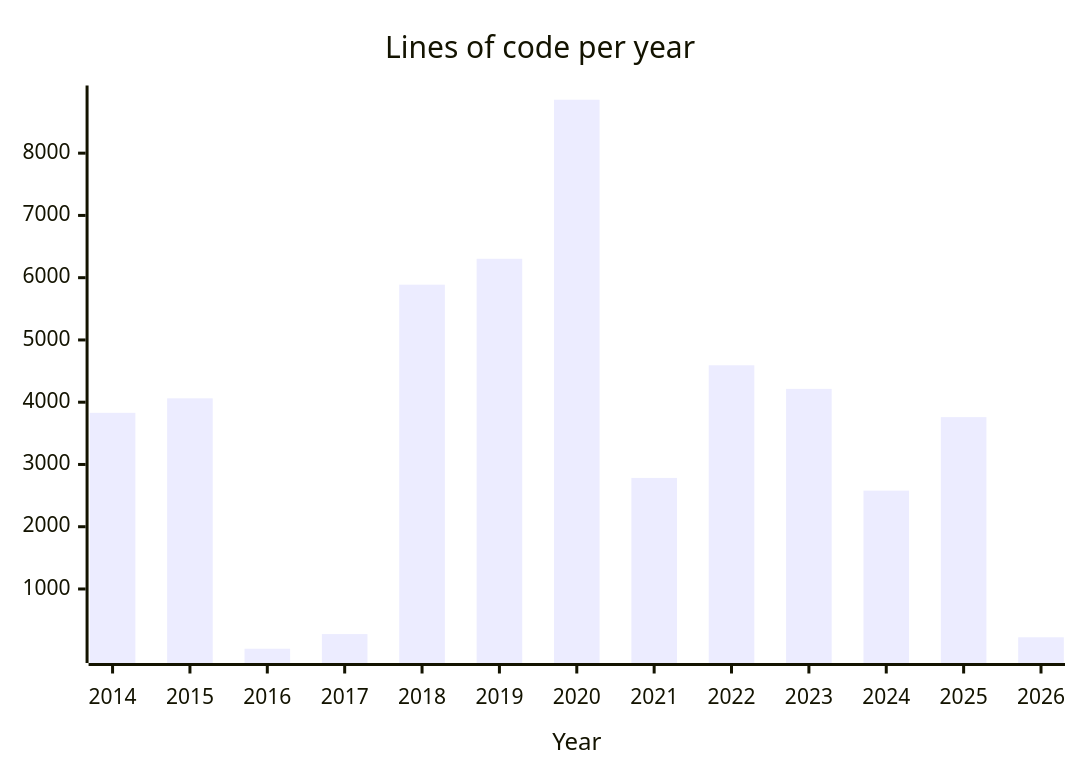
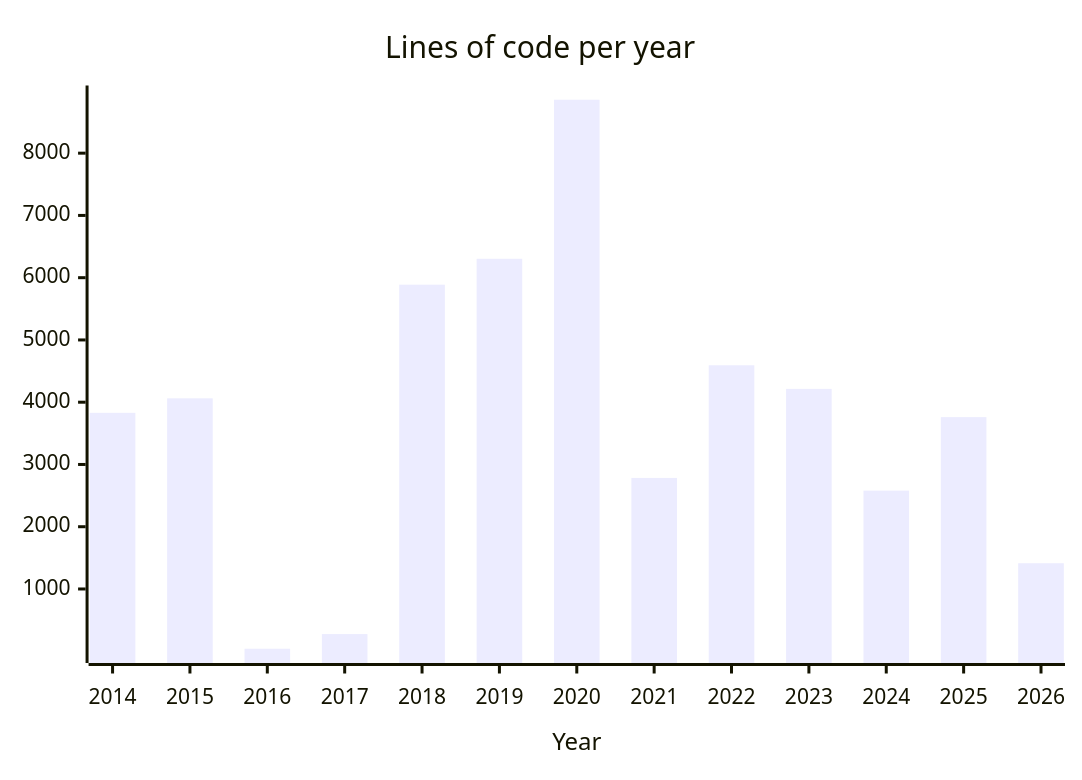
The diagram in README.md (engdan77/engdan77), drawn with Mermaid before and after one commit. The commit also changed other lines of this file, not shown here.

````diff
--- a/README.md
+++ b/README.md
@@ -41,6 +41,6 @@
 ```mermaid
 xychart-beta
       title "Lines of code per year"
       x-axis "Year" [2014, 2015, 2016, 2017, 2018, 2019, 2020, 2021, 2022, 2023, 2024, 2025, 2026]
-      bar "engdan77" [3829, 4062, 40, 276, 5888, 6304, 8858, 2784, 4593, 4214, 2580, 3760, 224]
+      bar "engdan77" [3829, 4062, 40, 276, 5888, 6304, 8858, 2784, 4593, 4214, 2580, 3760, 1414]
 ```
````
